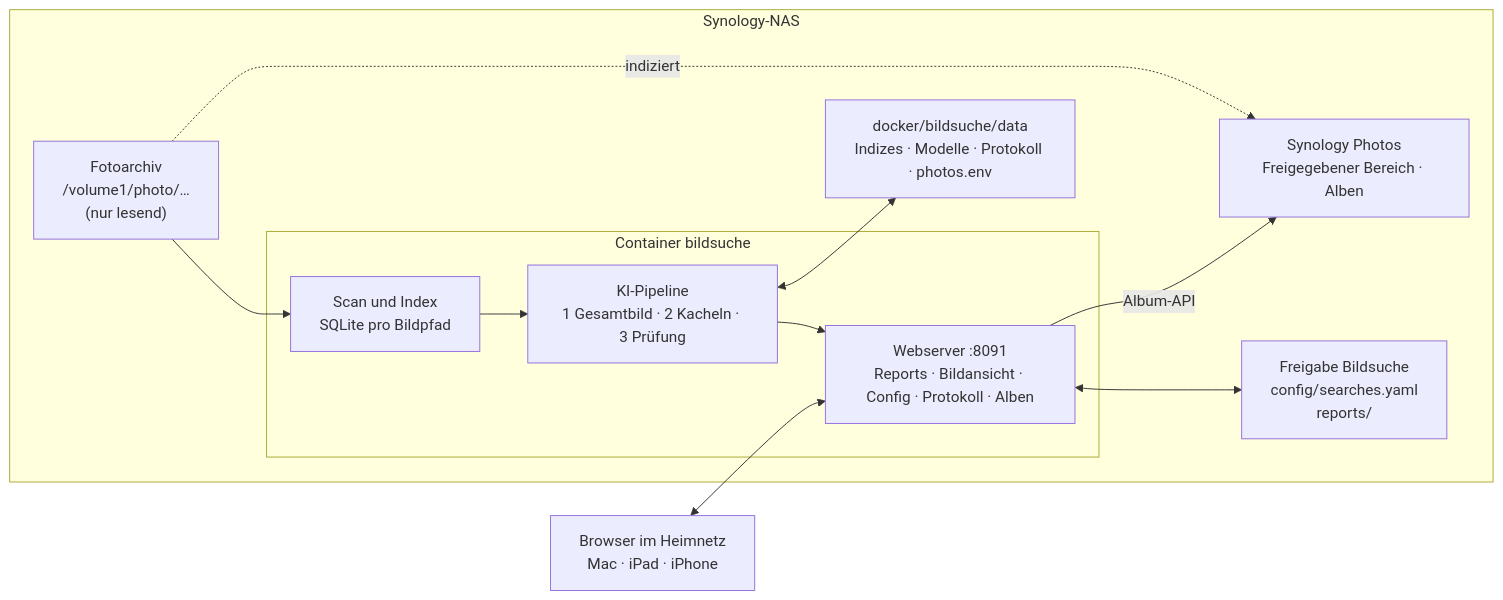
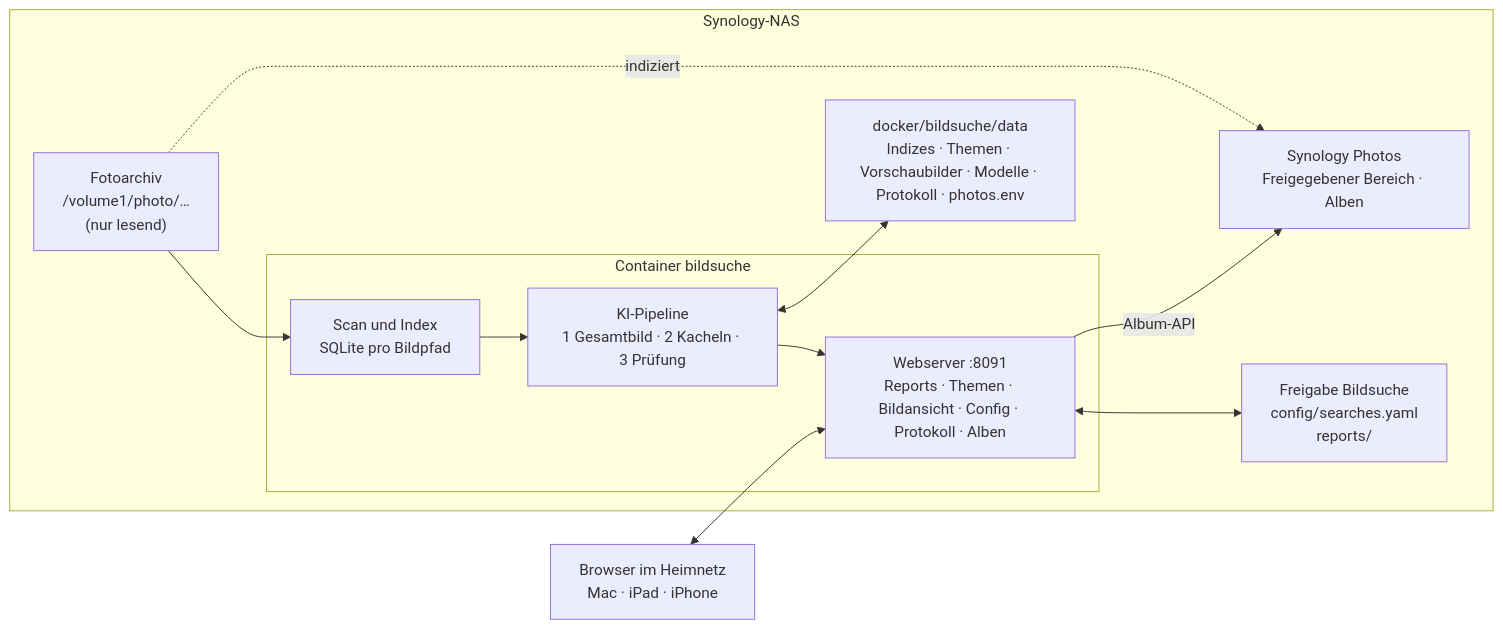
Before and after one commit to vialkoje/Bildsuche: the diagram in docs/SPEZIFIKATION.md, drawn with Mermaid. The commit also changed other lines of this file and 9 other files, not shown here.

````diff
--- a/docs/SPEZIFIKATION.md
+++ b/docs/SPEZIFIKATION.md
@@ -17,21 +17,21 @@
 ```mermaid
 flowchart LR
   subgraph NAS["Synology-NAS"]
     A["Fotoarchiv<br/>/volume1/photo/…<br/>(nur lesend)"]
     subgraph C["Container bildsuche"]
       S["Scan und Index<br/>SQLite pro Bildpfad"]
       P["KI-Pipeline<br/>1 Gesamtbild · 2 Kacheln · 3 Prüfung"]
-      W["Webserver :8091<br/>Reports · Bildansicht · Config · Protokoll · Alben"]
+      W["Webserver :8091<br/>Reports · Themen · Bildansicht · Config · Protokoll · Alben"]
       S --> P --> W
     end
     F["Freigabe Bildsuche<br/>config/searches.yaml<br/>reports/"]
-    D["docker/bildsuche/data<br/>Indizes · Modelle · Protokoll · photos.env"]
+    D["docker/bildsuche/data<br/>Indizes · Themen · Vorschaubilder · Modelle · Protokoll · photos.env"]
     PH["Synology Photos<br/>Freigegebener Bereich · Alben"]
     A --> S
     P <--> D
     W <--> F
     W -->|"Album-API"| PH
     A -.->|"indiziert"| PH
   end
   B["Browser im Heimnetz<br/>Mac · iPad · iPhone"] <--> W
 ```
````
